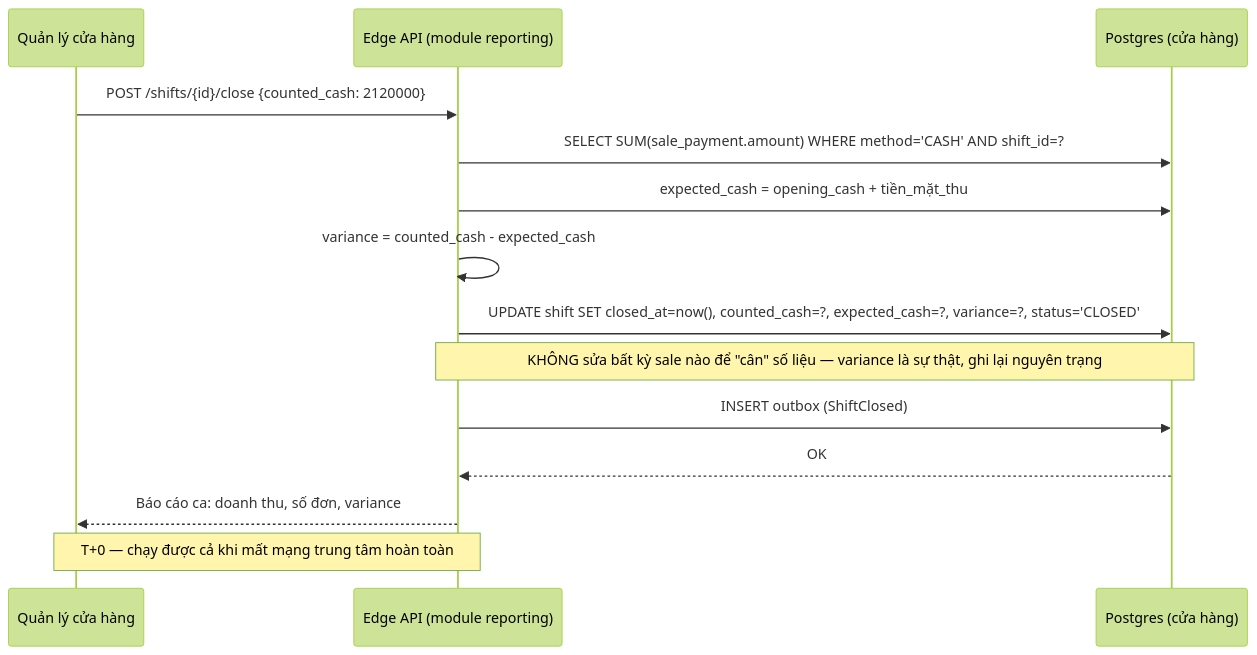
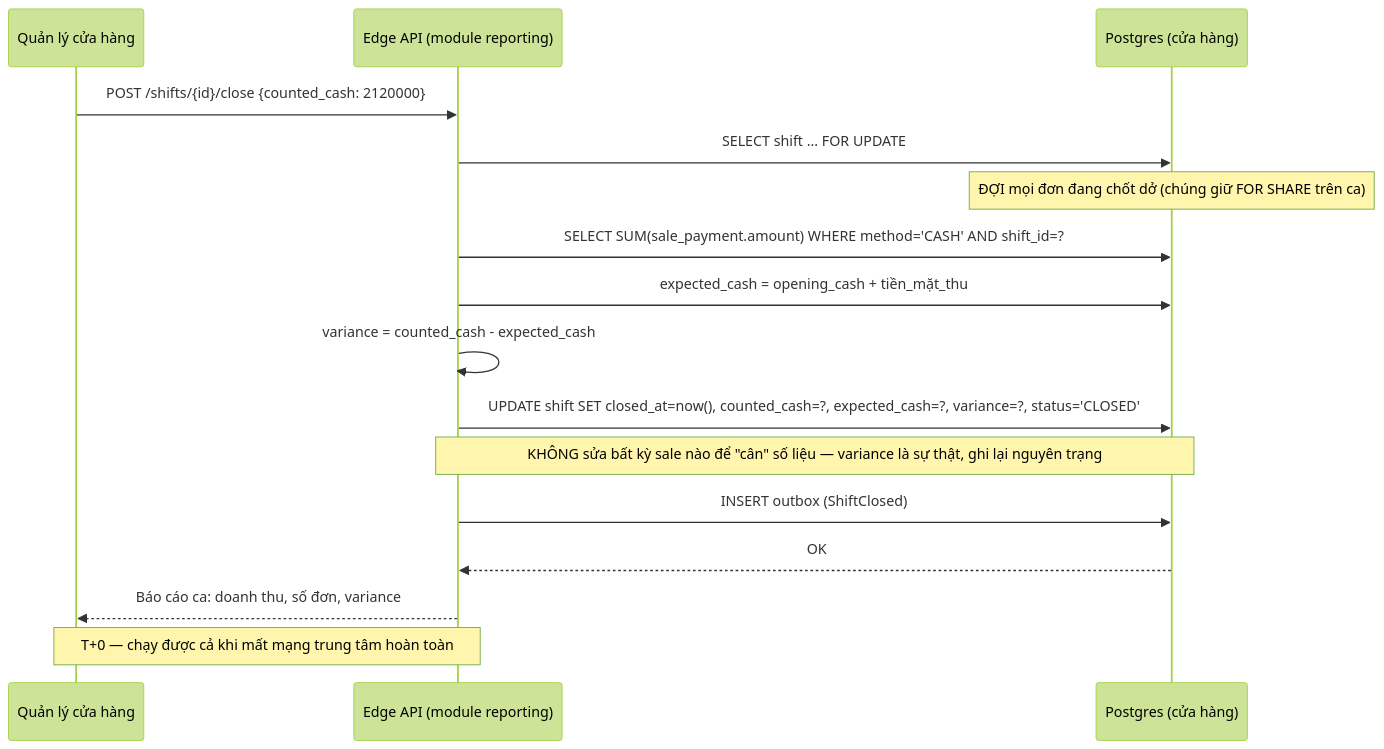
Before and after one commit to hnghia23/retail-sync: the third of 4 diagrams in docs/14-sequence-flows.md, drawn with Mermaid (forest theme). The commit also changed other lines of this file and 54 other files, not shown here.

````diff
--- a/docs/14-sequence-flows.md
+++ b/docs/14-sequence-flows.md
@@ -75,17 +75,19 @@
 ```mermaid
 sequenceDiagram
     participant M as Quản lý cửa hàng
     participant A as Edge API (module reporting)
     participant P as Postgres (cửa hàng)
 
     M->>A: POST /shifts/{id}/close {counted_cash: 2120000}
+    A->>P: SELECT shift ... FOR UPDATE
+    Note over P: ĐỢI mọi đơn đang chốt dở (chúng giữ FOR SHARE trên ca)
     A->>P: SELECT SUM(sale_payment.amount) WHERE method='CASH' AND shift_id=?
     A->>P: expected_cash = opening_cash + tiền_mặt_thu
     A->>A: variance = counted_cash - expected_cash
     A->>P: UPDATE shift SET closed_at=now(), counted_cash=?, expected_cash=?, variance=?, status='CLOSED'
     Note over A,P: KHÔNG sửa bất kỳ sale nào để "cân" số liệu — variance là sự thật, ghi lại nguyên trạng
     A->>P: INSERT outbox (ShiftClosed)
     P-->>A: OK
     A-->>M: Báo cáo ca: doanh thu, số đơn, variance
     Note over M,A: T+0 — chạy được cả khi mất mạng trung tâm hoàn toàn
 ```
````
